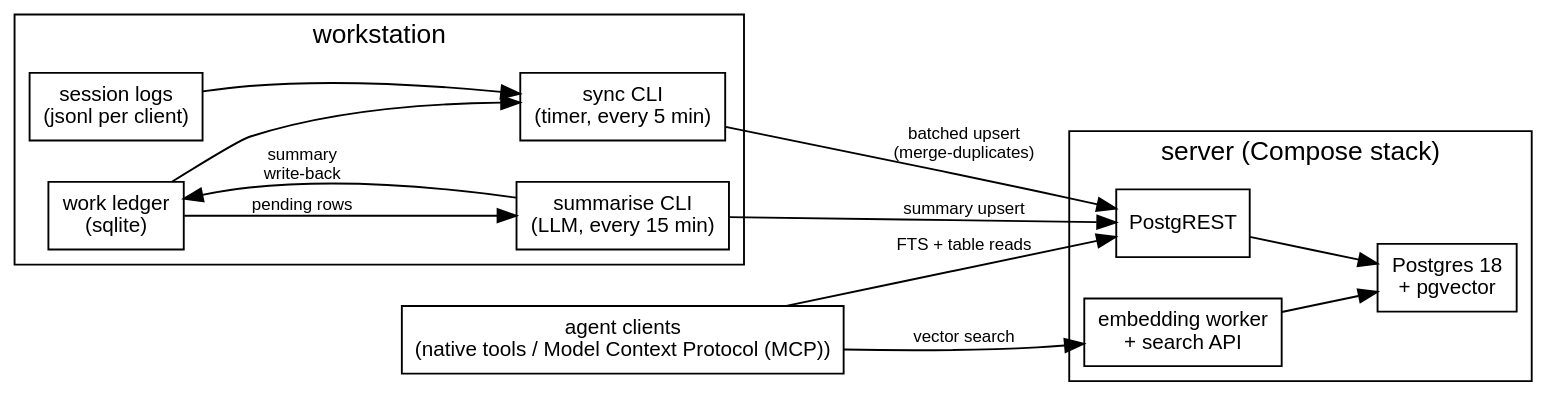
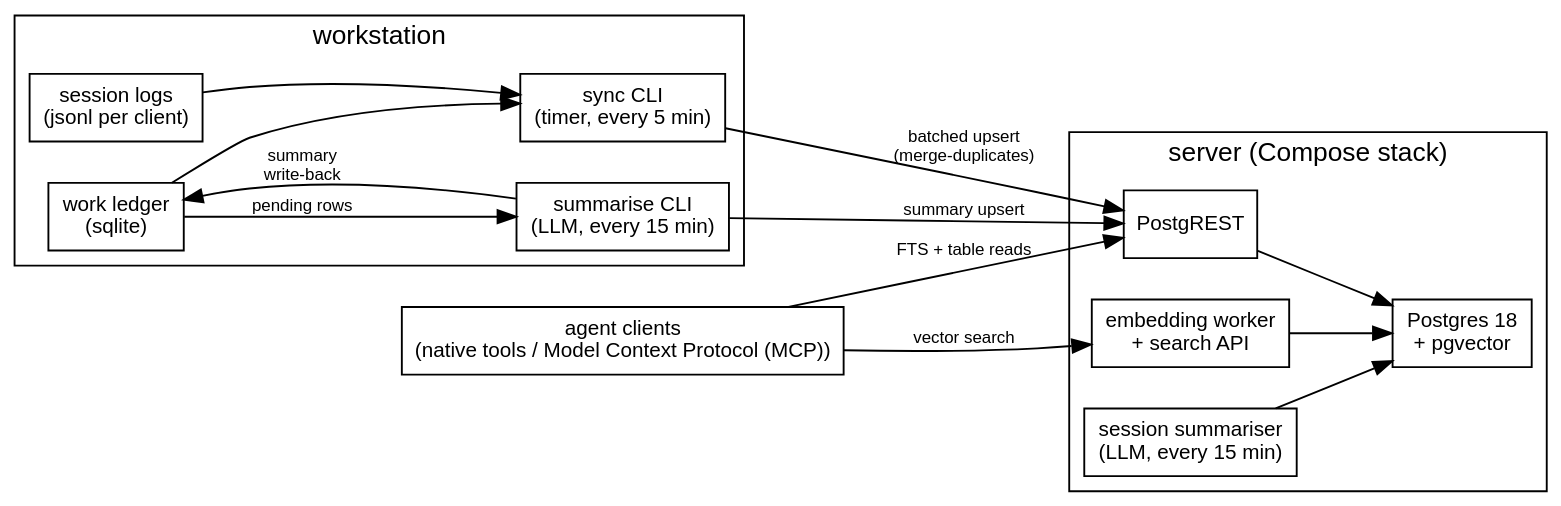
Before and after one commit to erfianugrah/lexicanum: the first of 2 diagrams in src/content/docs/reference/agent-memory-store.mdx, drawn with Graphviz. The commit also changed other lines of this file, not shown here.

````diff
--- a/src/content/docs/reference/agent-memory-store.mdx
+++ b/src/content/docs/reference/agent-memory-store.mdx
@@ -56,34 +56,35 @@
 ```dot
 digraph {
   rankdir=LR; bgcolor="transparent"; compound=true; nodesep=0.3; ranksep=0.7;
   fontname="Helvetica,Arial,sans-serif";
   node [fontname="Helvetica,Arial,sans-serif", fontsize=11, shape=box];
   edge [fontname="Helvetica,Arial,sans-serif", fontsize=9];
 
   subgraph cluster_ws {
     label="workstation";
     logs [label="session logs\n(jsonl per client)"];
     ledger [label="work ledger\n(sqlite)"];
     sync [label="sync CLI\n(timer, every 5 min)"];
     summarise [label="summarise CLI\n(LLM, every 15 min)"];
     logs -> sync; ledger -> sync;
     ledger -> summarise [label="pending rows"];
     summarise -> ledger [label="summary\nwrite-back"];
   }
 
   subgraph cluster_srv {
     label="server (Compose stack)";
     pg [label="Postgres 18\n+ pgvector"];
     rest [label="PostgREST"];
     emb [label="embedding worker\n+ search API"];
-    rest -> pg; emb -> pg;
+    ssum [label="session summariser\n(LLM, every 15 min)"];
+    rest -> pg; emb -> pg; ssum -> pg;
   }
 
   agents [label="agent clients\n(native tools / Model Context Protocol (MCP))"];
 
   sync -> rest [label="batched upsert\n(merge-duplicates)"];
   summarise -> rest [label="summary upsert"];
   agents -> rest [label="FTS + table reads"];
   agents -> emb [label="vector search"];
 }
 ```
````
